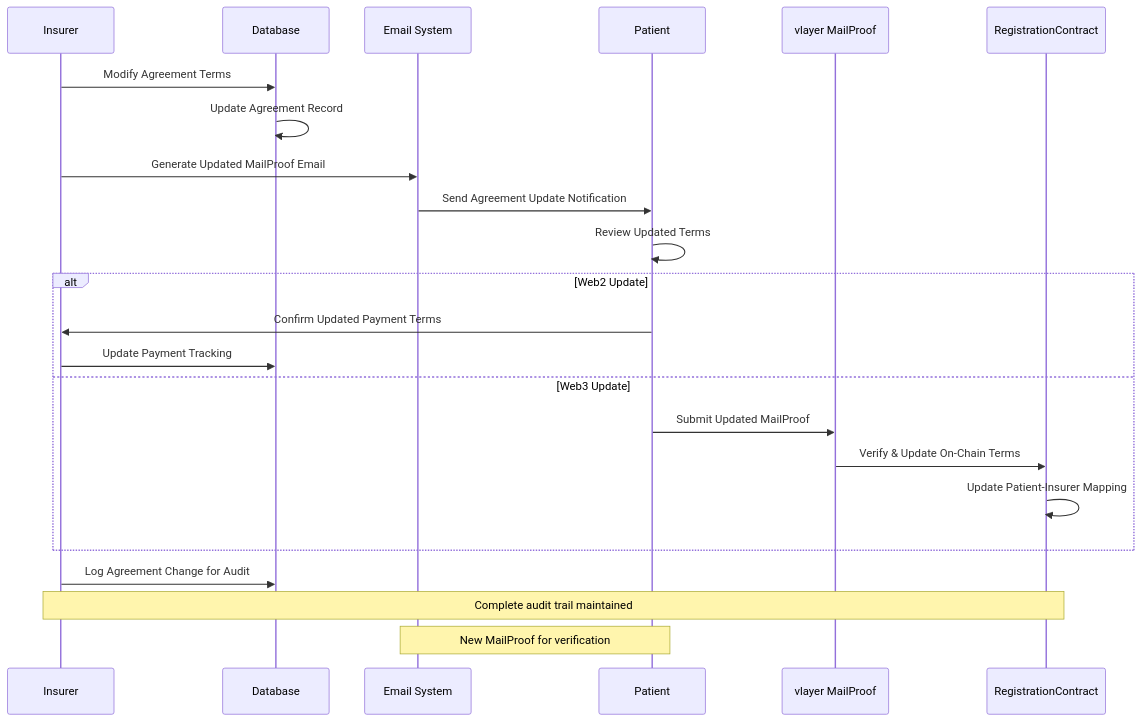
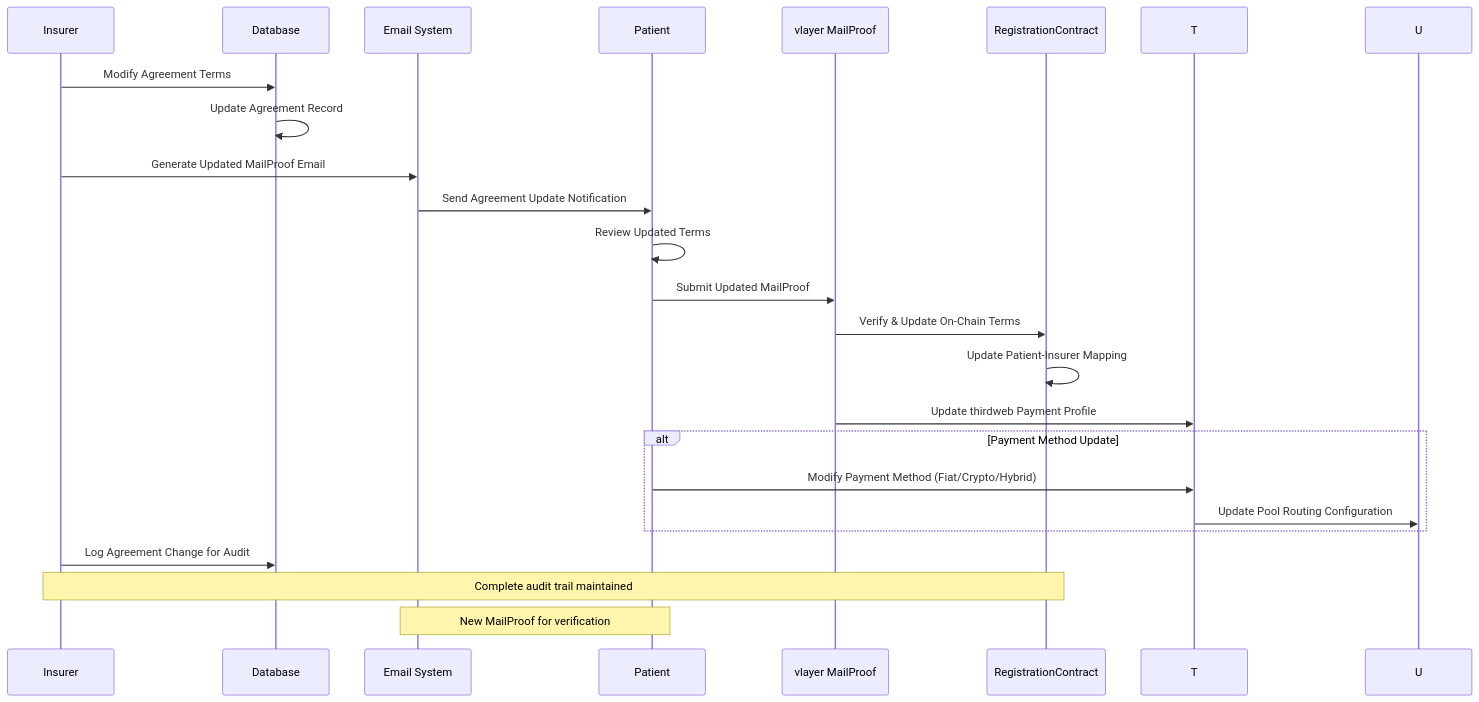
One commit to ppezzull/zkMed changed the seventh of 18 diagrams in memory-bank/systemPatterns.md. Above: the diagram before and after it, drawn with Mermaid. The commit also changed other lines of this file and 1 other file, not shown here.

````diff
--- a/memory-bank/systemPatterns.md
+++ b/memory-bank/systemPatterns.md
@@ -257,29 +265,30 @@
 ```mermaid
 sequenceDiagram
     participant I as Insurer
     participant D as Database
     participant E as Email System
     participant P as Patient
     participant V as vlayer MailProof
     participant R as RegistrationContract
 
     I->>D: Modify Agreement Terms
     D->>D: Update Agreement Record
     I->>E: Generate Updated MailProof Email
     E->>P: Send Agreement Update Notification
     P->>P: Review Updated Terms
     
-    alt Web2 Update
-        P->>I: Confirm Updated Payment Terms
-        I->>D: Update Payment Tracking
-    else Web3 Update
-        P->>V: Submit Updated MailProof
-        V->>R: Verify & Update On-Chain Terms
-        R->>R: Update Patient-Insurer Mapping
+    P->>V: Submit Updated MailProof
+    V->>R: Verify & Update On-Chain Terms
+    R->>R: Update Patient-Insurer Mapping
+    V->>T: Update thirdweb Payment Profile
+    
+    alt Payment Method Update
+        P->>T: Modify Payment Method (Fiat/Crypto/Hybrid)
+        T->>U: Update Pool Routing Configuration
     end
     
     I->>D: Log Agreement Change for Audit
     
     Note over I,R: Complete audit trail maintained
     Note over E,P: New MailProof for verification
 ```
````
